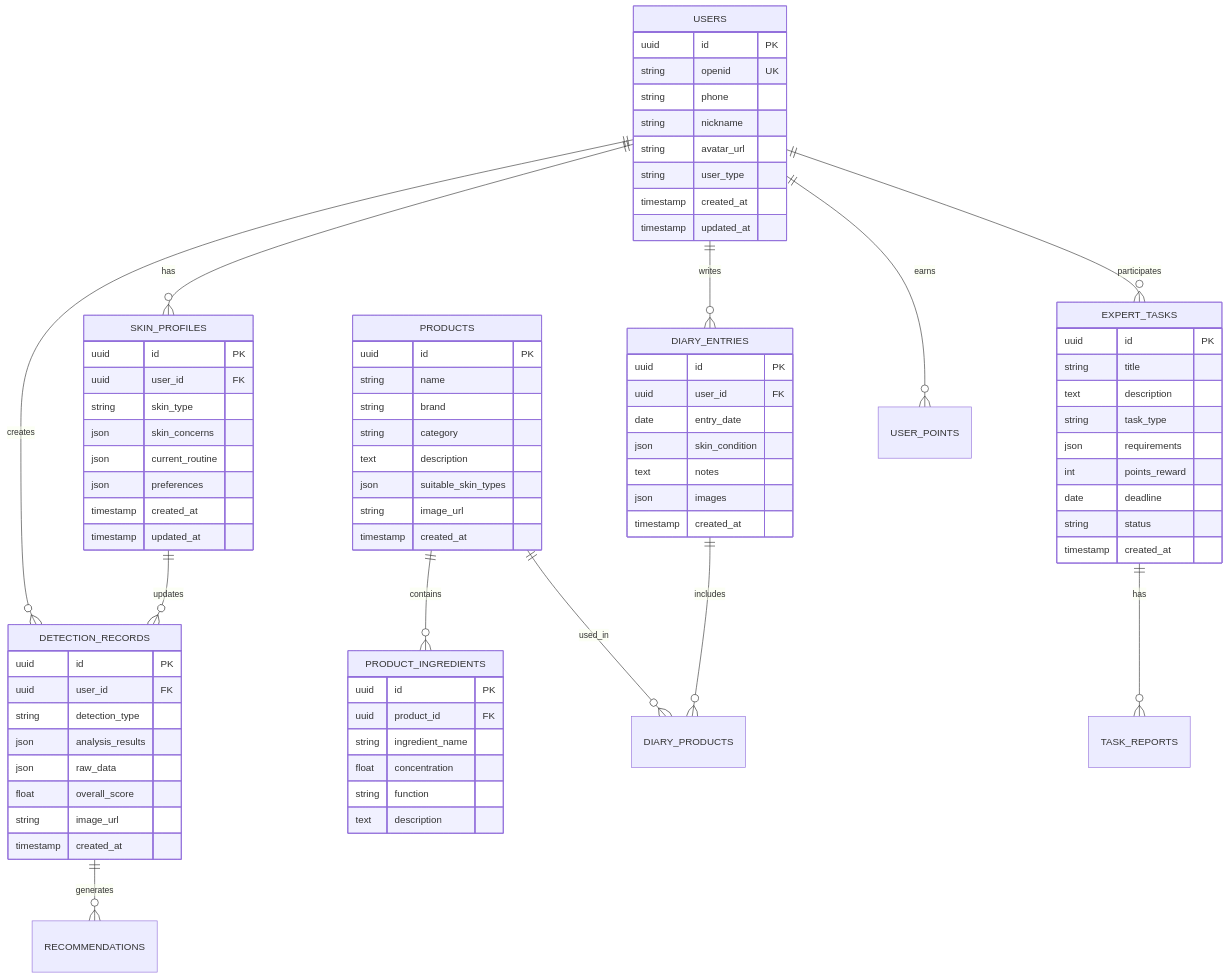
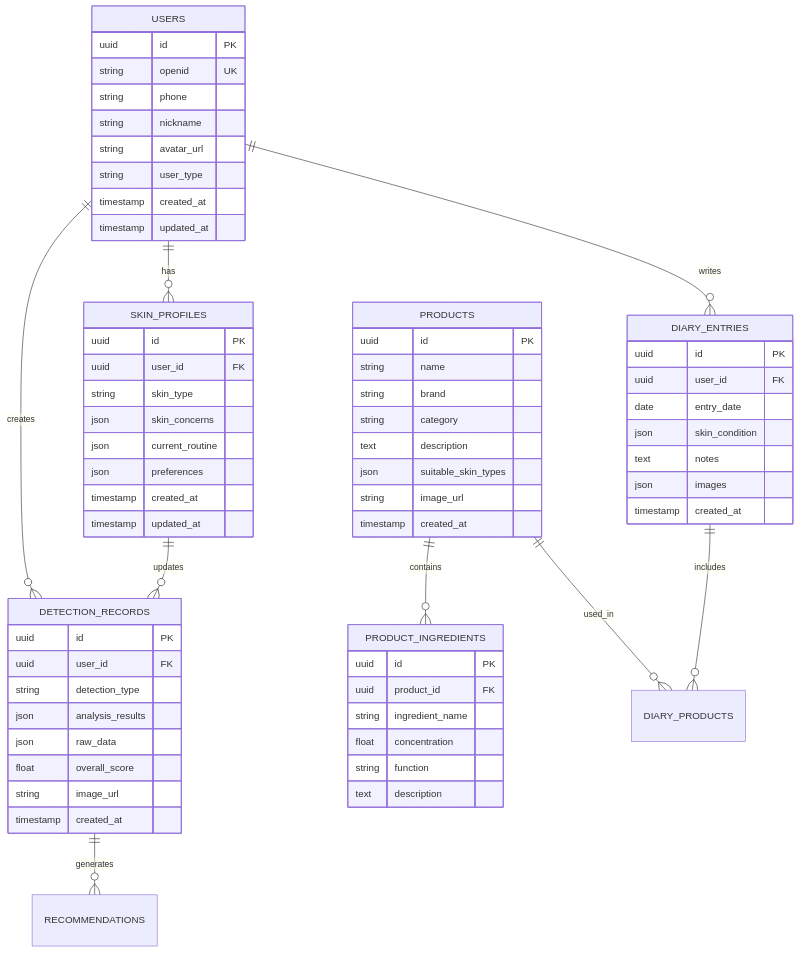
One commit to Psychic-k/Skin-care changed the third of 3 diagrams in .trae/documents/Skin-care护肤小程序技术架构文档.md. Above: the diagram before and after it, drawn with Mermaid. The commit also changed other lines of this file and 102 other files, not shown here.

````diff
--- a/.trae/documents/Skin-care护肤小程序技术架构文档.md
+++ b/.trae/documents/Skin-care护肤小程序技术架构文档.md
@@ -232,7 +229,6 @@
     USERS ||--o{ SKIN_PROFILES : has
     USERS ||--o{ DETECTION_RECORDS : creates
     USERS ||--o{ DIARY_ENTRIES : writes
-    USERS ||--o{ EXPERT_TASKS : participates
     
     SKIN_PROFILES ||--o{ DETECTION_RECORDS : updates
     DETECTION_RECORDS ||--o{ RECOMMENDATIONS : generates
@@ -240,9 +236,6 @@
     PRODUCTS ||--o{ PRODUCT_INGREDIENTS : contains
     PRODUCTS ||--o{ DIARY_PRODUCTS : used_in
     DIARY_ENTRIES ||--o{ DIARY_PRODUCTS : includes
-    
-    EXPERT_TASKS ||--o{ TASK_REPORTS : has
-    USERS ||--o{ USER_POINTS : earns
     
     USERS {
         uuid id PK
@@ -306,16 +299,4 @@
         json images
         timestamp created_at
     }
-    
-    EXPERT_TASKS {
-        uuid id PK
-        string title
-        text description
-        string task_type
-        json requirements
-        int points_reward
-        date deadline
-        string status
-        timestamp created_at
-    }
 ```
````
